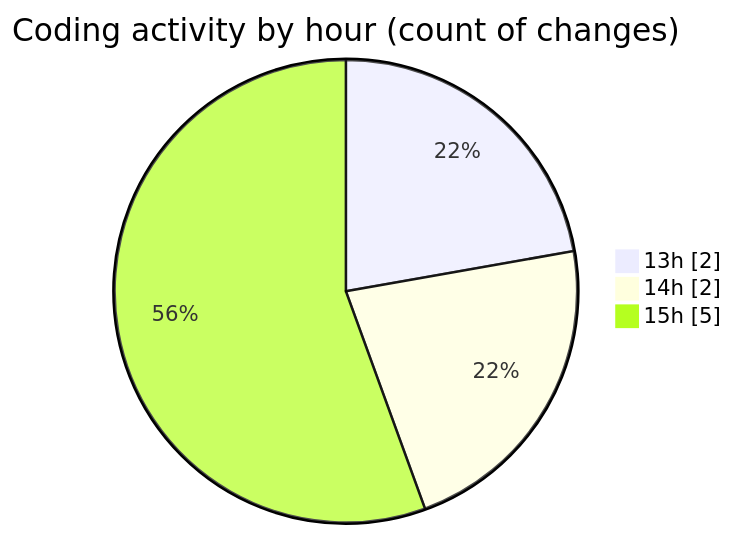
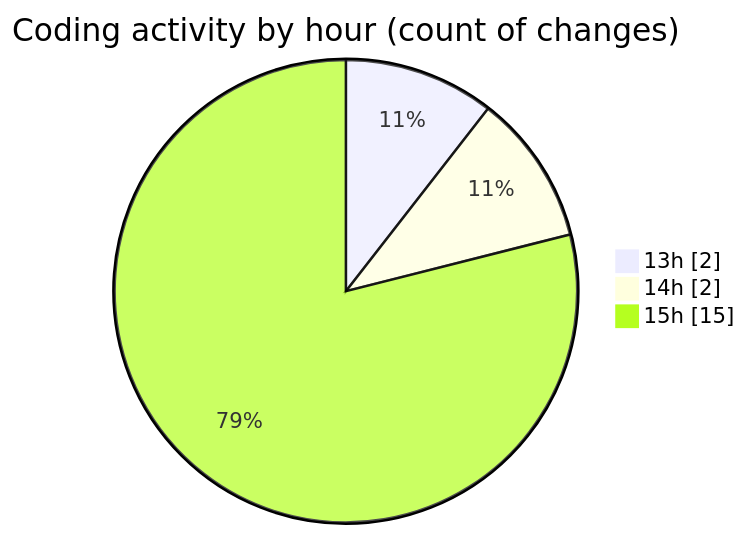
One commit to nxtqubesakshisongat/code-tracking changed the second of 2 diagrams in 2025-06-17/nxtqube_webapp/README.md. Above: the diagram before and after it, drawn with Mermaid. The commit also changed other lines of this file and 1 other file, not shown here.

````diff
--- a/2025-06-17/nxtqube_webapp/README.md
+++ b/2025-06-17/nxtqube_webapp/README.md
@@ -28,7 +28,7 @@
 ```mermaid
 pie showData
 title Coding activity by hour (count of changes)
 "13h" : 2
 "14h" : 2
-"15h" : 5
+"15h" : 15
 ```
````
